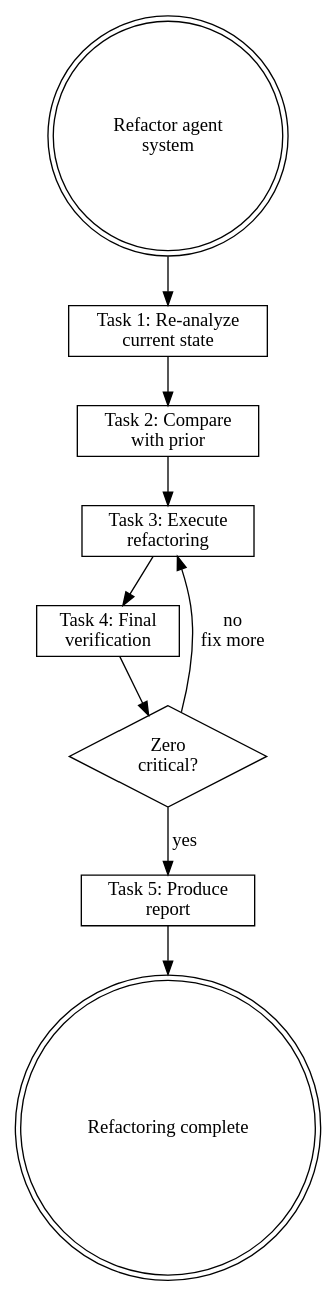
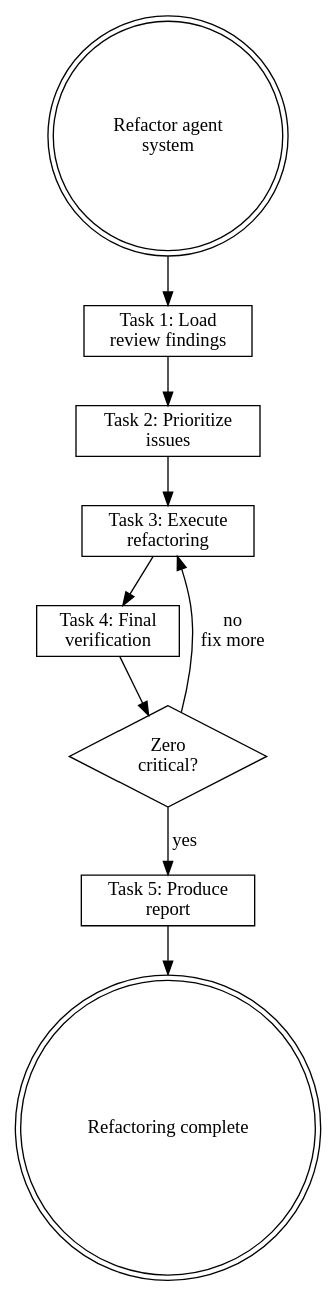
One commit to wayne930242/Reflexive-Claude-Code changed the diagram in plugins/rcc/skills/refactoring-agent-systems/SKILL.md. Above: the diagram before and after it, drawn with Graphviz. The commit also changed other lines of this file and 13 other files, not shown here.

````diff
--- a/plugins/rcc/skills/refactoring-agent-systems/SKILL.md
+++ b/plugins/rcc/skills/refactoring-agent-systems/SKILL.md
@@ -168,23 +172,23 @@
 ```dot
 digraph refactor_agent {
     rankdir=TB;
 
     start [label="Refactor agent\nsystem", shape=doublecircle];
-    analyze [label="Task 1: Re-analyze\ncurrent state", shape=box];
-    compare [label="Task 2: Compare\nwith prior", shape=box];
+    analyze [label="Task 1: Load\nreview findings", shape=box];
+    compare [label="Task 2: Prioritize\nissues", shape=box];
     refactor [label="Task 3: Execute\nrefactoring", shape=box];
     verify [label="Task 4: Final\nverification", shape=box];
     clean [label="Zero\ncritical?", shape=diamond];
     report [label="Task 5: Produce\nreport", shape=box];
     done [label="Refactoring complete", shape=doublecircle];
 
     start -> analyze;
     analyze -> compare;
     compare -> refactor;
     refactor -> verify;
     verify -> clean;
     clean -> report [label="yes"];
     clean -> refactor [label="no\nfix more"];
     report -> done;
 }
 ```
````
